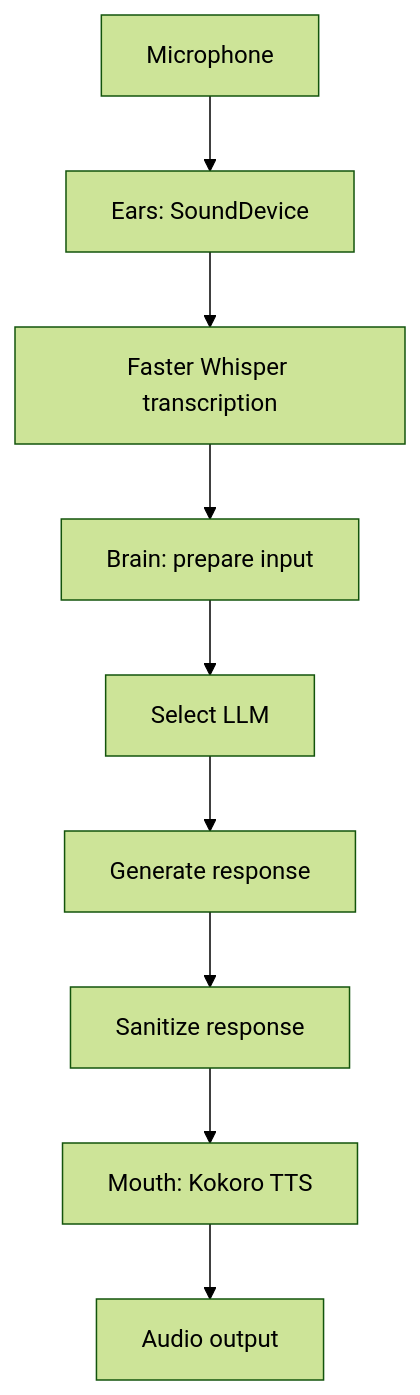
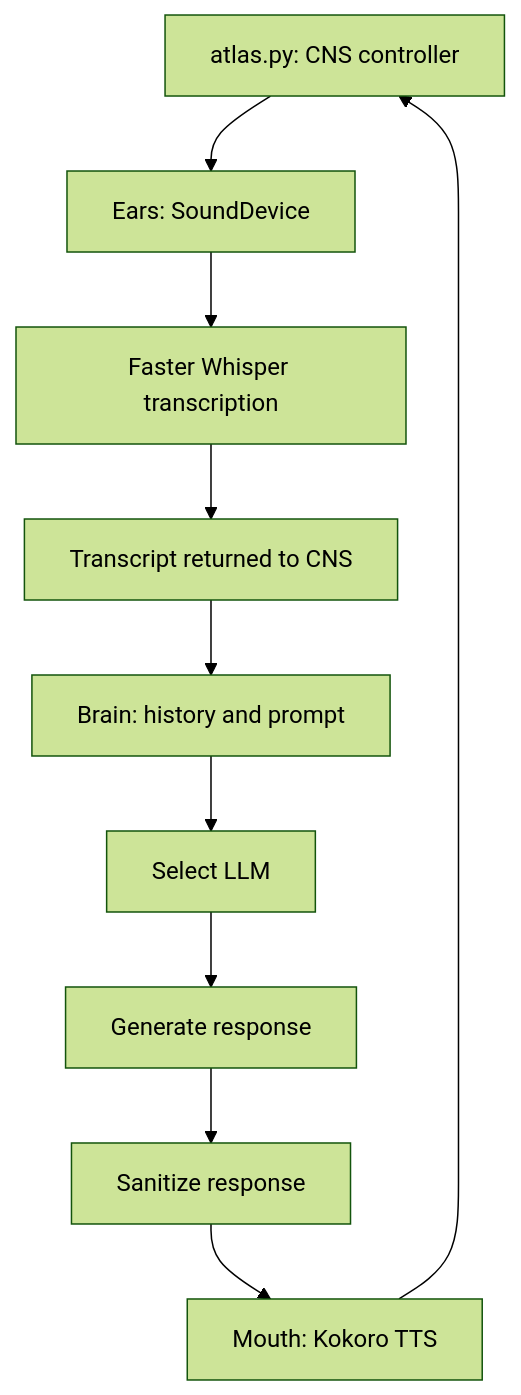
Before and after one commit to SoumyaRoy05/ATLAS-Voice_Assistant: the diagram in README.md, drawn with Mermaid (forest theme). The commit also changed other lines of this file and 1 other file, not shown here.

````diff
--- a/README.md
+++ b/README.md
@@ -13,11 +13,12 @@
 ```mermaid
 flowchart TD
-	A[Microphone] --> B[Ears: SoundDevice]
+	A[atlas.py: CNS controller] --> B[Ears: SoundDevice]
 	B --> C[Faster Whisper transcription]
-	C --> D[Brain: prepare input]
-	D --> E[Select LLM]
-	E --> F[Generate response]
-	F --> G[Sanitize response]
-	G --> H[Mouth: Kokoro TTS]
-	H --> I[Audio output]
+	C --> D[Transcript returned to CNS]
+	D --> E[Brain: history and prompt]
+	E --> F[Select LLM]
+	F --> G[Generate response]
+	G --> H[Sanitize response]
+	H --> I[Mouth: Kokoro TTS]
+	I --> A
 ```
````
